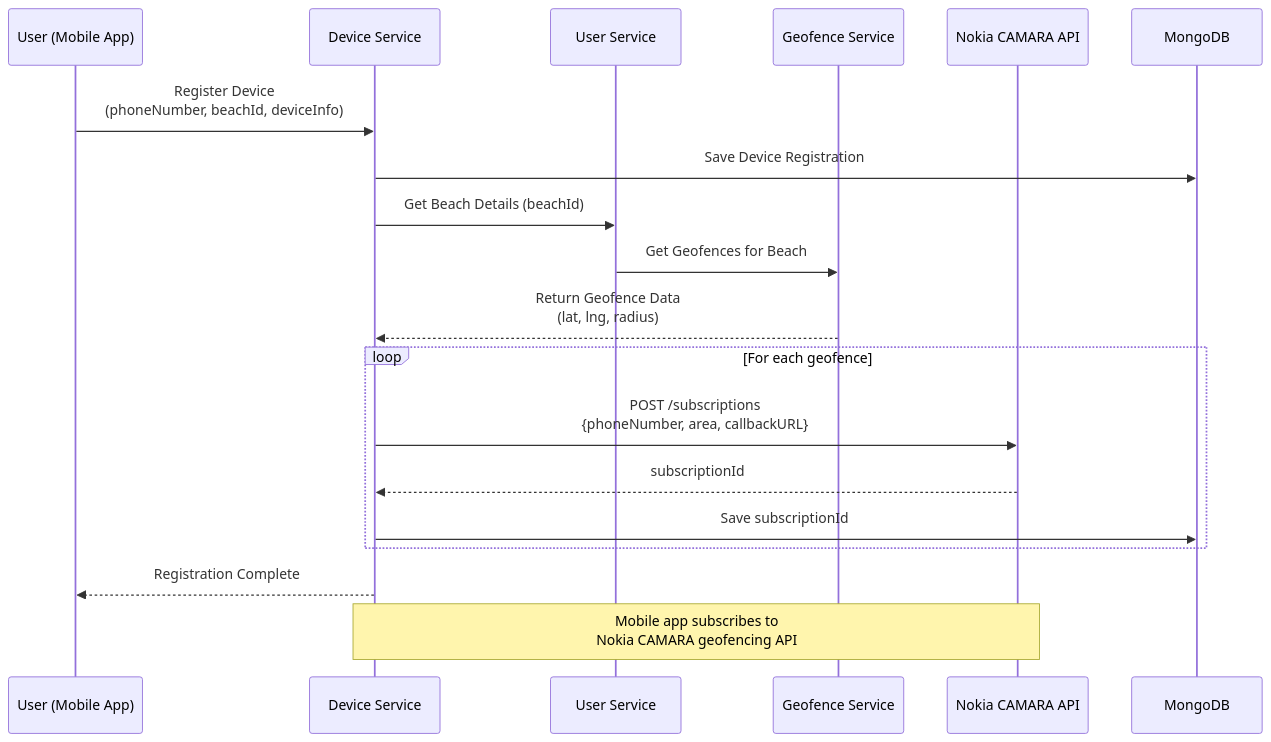
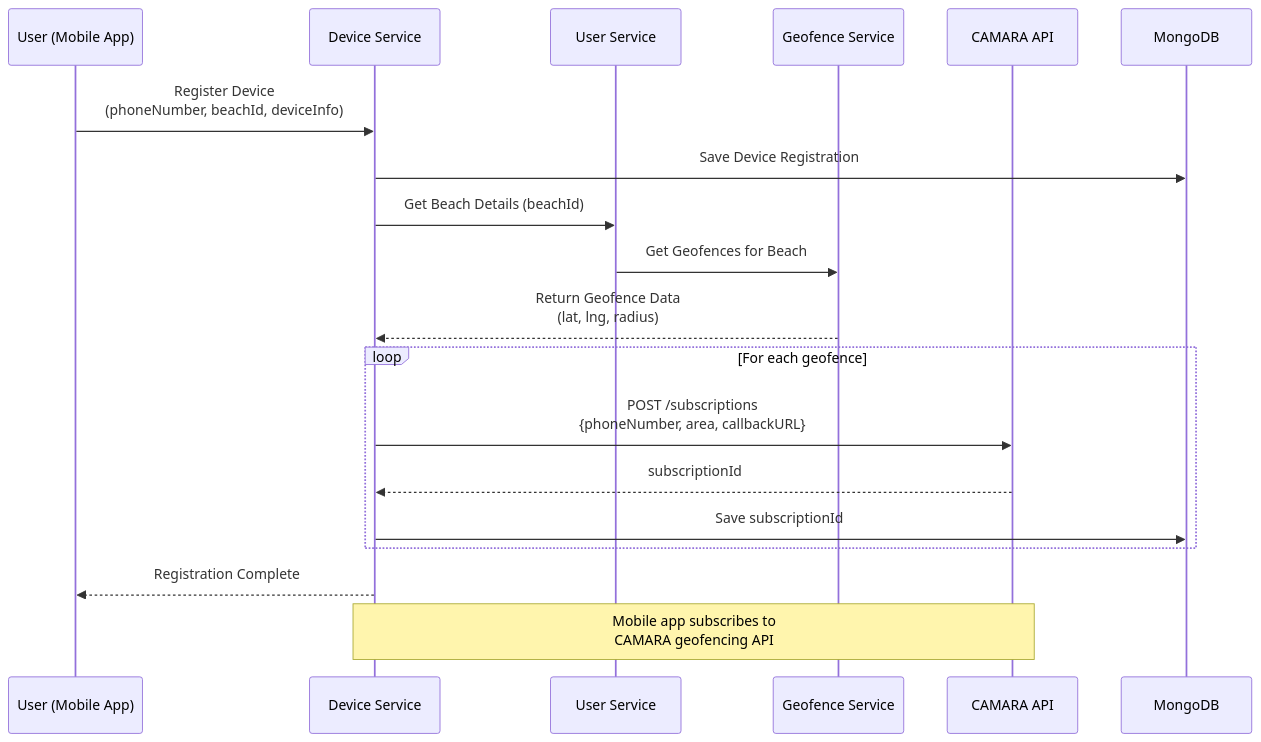
The third of 8 diagrams in docs/ARCHITECTURE.md (samene/surfers), drawn with Mermaid before and after one commit. The commit also changed other lines of this file and 9 other files, not shown here.

````diff
--- a/docs/ARCHITECTURE.md
+++ b/docs/ARCHITECTURE.md
@@ -77,26 +77,26 @@
 ```mermaid
 sequenceDiagram
     participant User as User (Mobile App)
     participant DeviceService as Device Service
     participant UserService as User Service
     participant GeofenceService as Geofence Service
-    participant CAMARA as Nokia CAMARA API
+    participant CAMARA as CAMARA API
     participant DB as MongoDB
 
     User->>DeviceService: Register Device<br/>(phoneNumber, beachId, deviceInfo)
     DeviceService->>DB: Save Device Registration
     
     DeviceService->>UserService: Get Beach Details (beachId)
     UserService->>GeofenceService: Get Geofences for Beach
     GeofenceService-->>DeviceService: Return Geofence Data<br/>(lat, lng, radius)
     
     loop For each geofence
         DeviceService->>CAMARA: POST /subscriptions<br/>{phoneNumber, area, callbackURL}
         CAMARA-->>DeviceService: subscriptionId
         DeviceService->>DB: Save subscriptionId
     end
     
     DeviceService-->>User: Registration Complete
     
-    Note over DeviceService,CAMARA: Mobile app subscribes to<br/>Nokia CAMARA geofencing API
+    Note over DeviceService,CAMARA: Mobile app subscribes to<br/>CAMARA geofencing API
 ```
````
